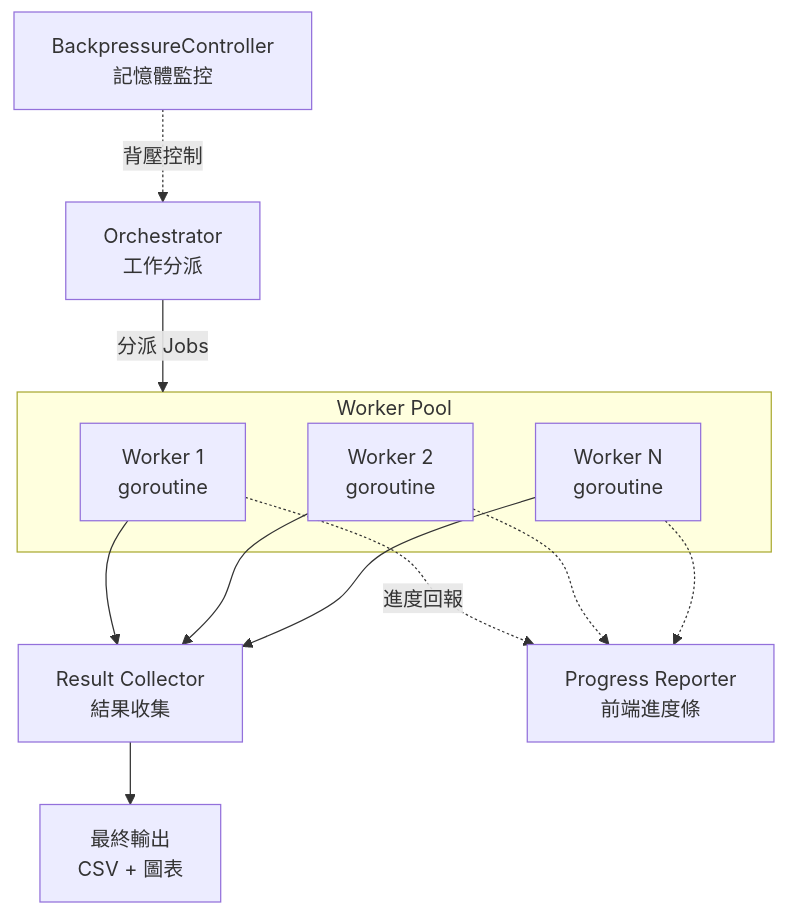
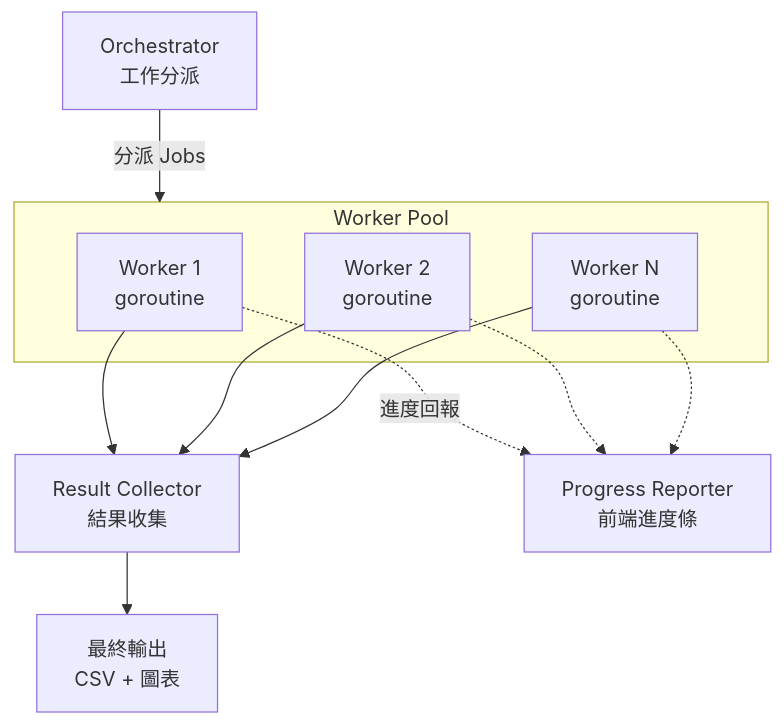
The third of 3 diagrams in README.md (littlebluewhite/count_mean), drawn with Mermaid before and after one commit. The commit also changed 11 other files, not shown here.

````diff
--- a/README.md
+++ b/README.md
@@ -87,22 +87,20 @@
 ```mermaid
 flowchart TB
     Orch[Orchestrator<br/>工作分派] --> |分派 Jobs| WP[Worker Pool]
 
     subgraph WP[Worker Pool]
         W1[Worker 1<br/>goroutine]
         W2[Worker 2<br/>goroutine]
         W3[Worker N<br/>goroutine]
     end
-
-    BPC[BackpressureController<br/>記憶體監控] -.-> |背壓控制| Orch
 
     W1 --> RC[Result Collector<br/>結果收集]
     W2 --> RC
     W3 --> RC
 
     W1 -.-> |進度回報| Prog[Progress Reporter<br/>前端進度條]
     W2 -.-> Prog
     W3 -.-> Prog
 
     RC --> Output[最終輸出<br/>CSV + 圖表]
 ```
````
